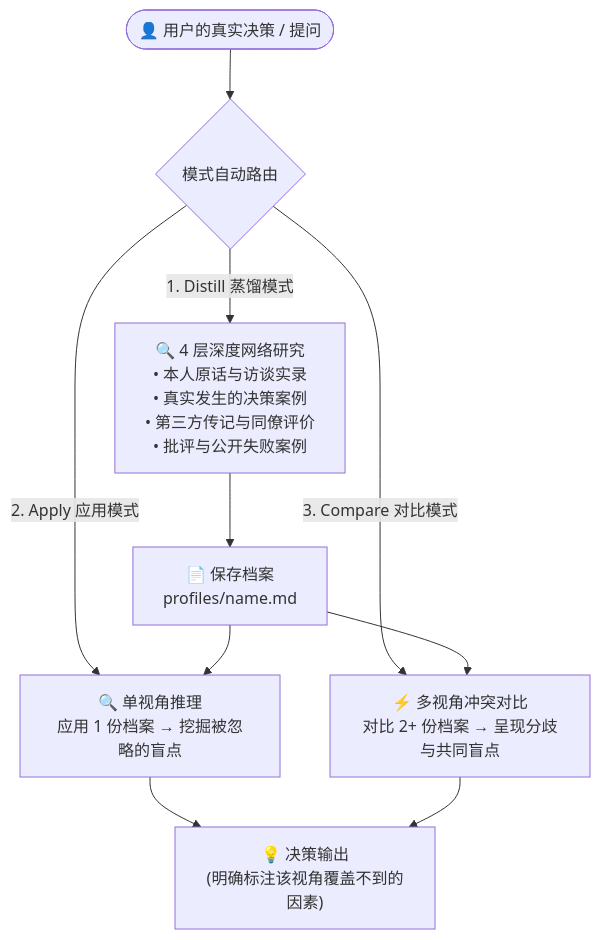
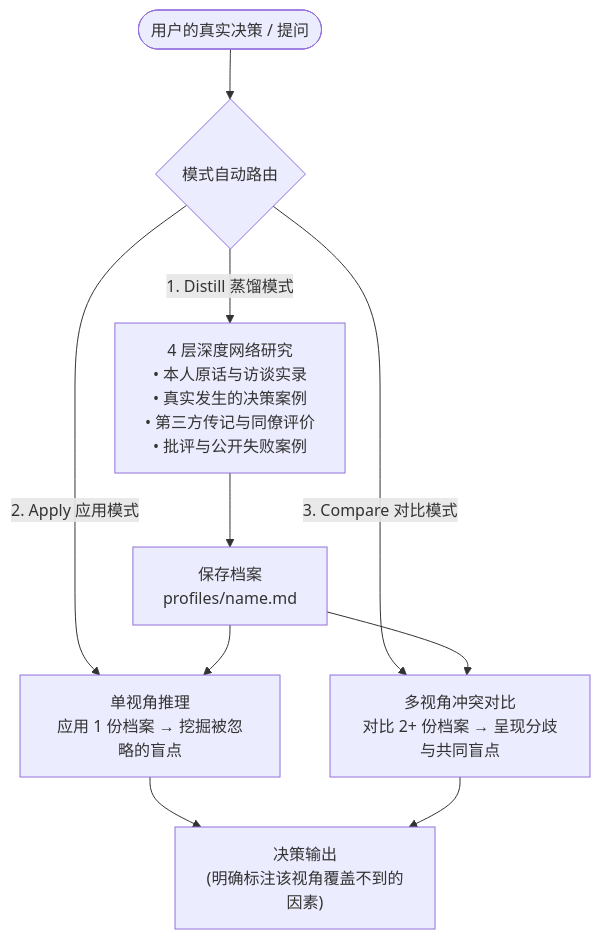
Before and after one commit to DOTfei/borrowed-brain-pro: the diagram in README.zh-CN.md, drawn with Mermaid. The commit also changed other lines of this file and 1 other file, not shown here.

````diff
--- a/README.zh-CN.md
+++ b/README.zh-CN.md
@@ -30,17 +30,17 @@
 ```mermaid
 flowchart TD
-    User(["👤 用户的真实决策 / 提问"]) --> Router{"模式自动路由"}
+    User(["用户的真实决策 / 提问"]) --> Router{"模式自动路由"}
 
-    Router -->|1. Distill 蒸馏模式| Distill["🔍 4 层深度网络研究\n• 本人原话与访谈实录\n• 真实发生的决策案例\n• 第三方传记与同僚评价\n• 批评与公开失败案例"]
-    Distill --> Save["📄 保存档案\nprofiles/name.md"]
+    Router -->|1. Distill 蒸馏模式| Distill["4 层深度网络研究\n• 本人原话与访谈实录\n• 真实发生的决策案例\n• 第三方传记与同僚评价\n• 批评与公开失败案例"]
+    Distill --> Save["保存档案\nprofiles/name.md"]
 
-    Router -->|2. Apply 应用模式| Apply["🔍 单视角推理\n应用 1 份档案 → 挖掘被忽略的盲点"]
+    Router -->|2. Apply 应用模式| Apply["单视角推理\n应用 1 份档案 → 挖掘被忽略的盲点"]
 
-    Router -->|3. Compare 对比模式| Compare["⚡ 多视角冲突对比\n对比 2+ 份档案 → 呈现分歧与共同盲点"]
+    Router -->|3. Compare 对比模式| Compare["多视角冲突对比\n对比 2+ 份档案 → 呈现分歧与共同盲点"]
 
     Save --> Apply
     Save --> Compare
 
-    Apply --> Output["💡 决策输出\n(明确标注该视角覆盖不到的因素)"]
+    Apply --> Output["决策输出\n(明确标注该视角覆盖不到的因素)"]
     Compare --> Output
 ```
````
